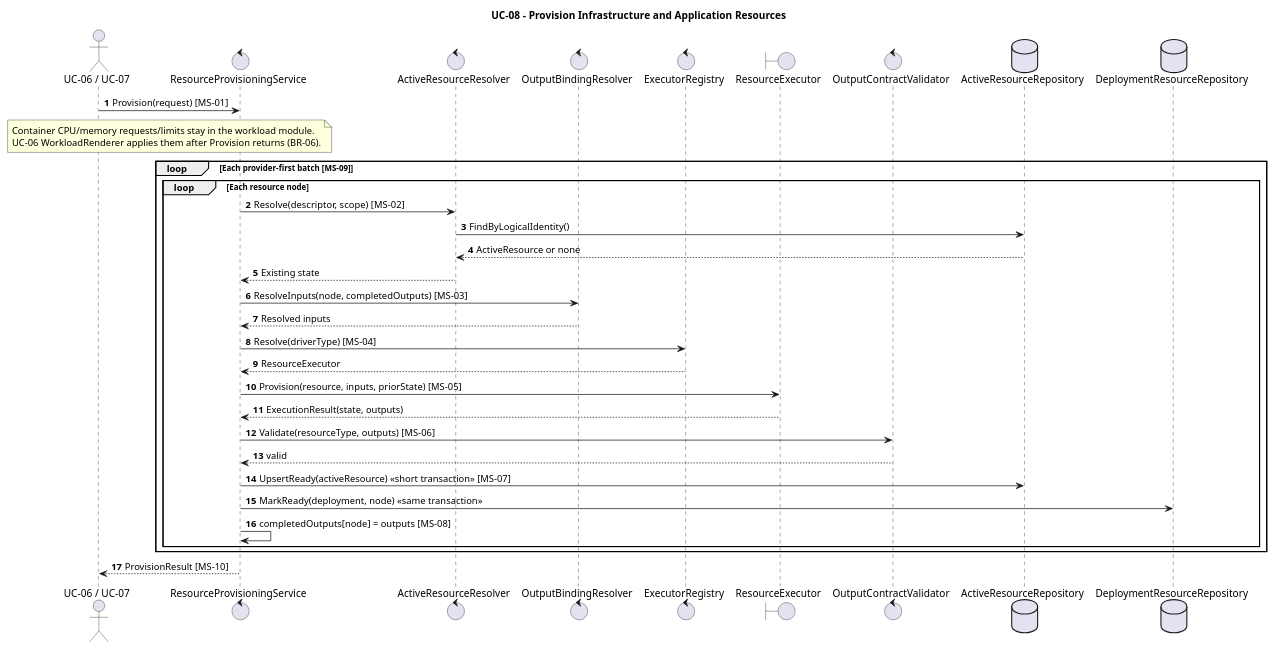
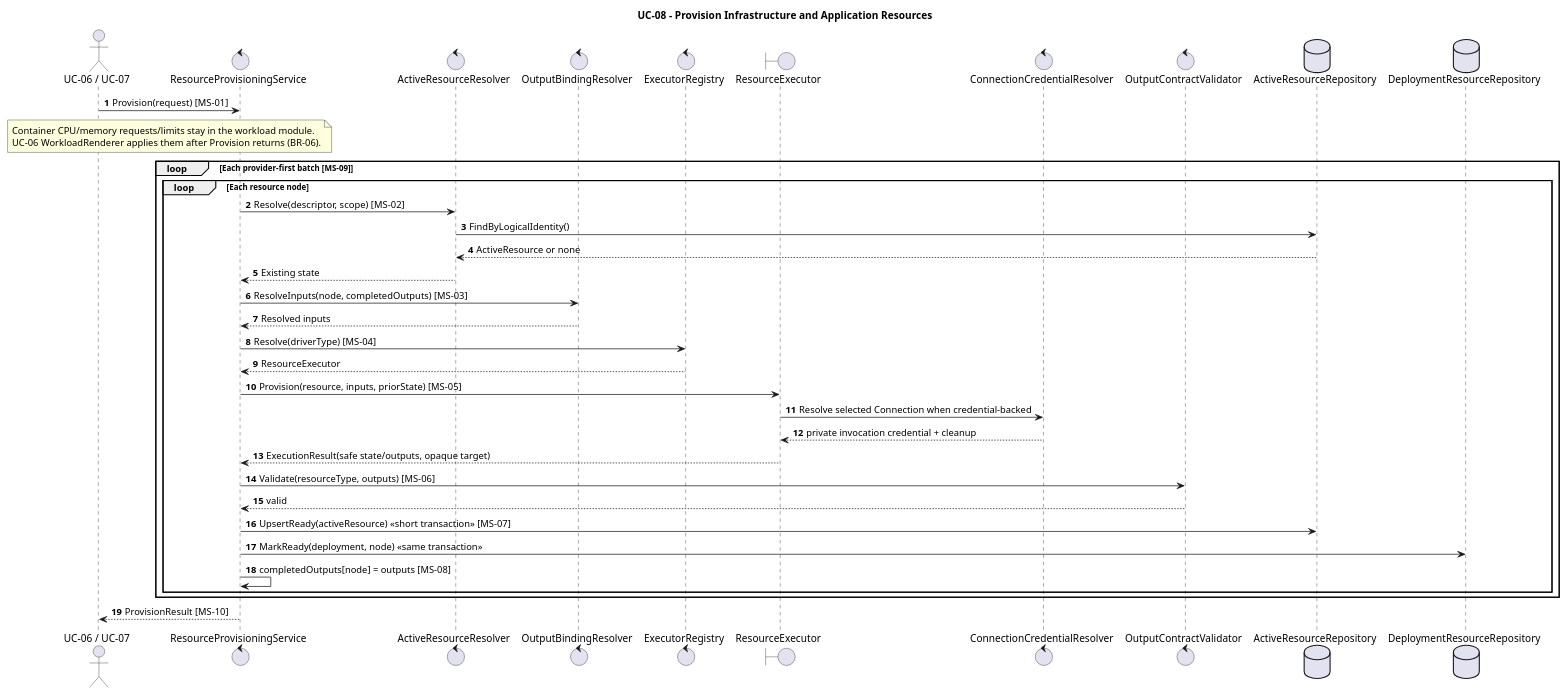
Before and after one commit to pr3s3nt/poc: the diagram in orchestrator_docs/usecase/UC-08/sequence.puml, drawn with PlantUML. The commit also changed 90 other files, not shown here.

```diff
--- a/orchestrator_docs/usecase/UC-08/sequence.puml
+++ b/orchestrator_docs/usecase/UC-08/sequence.puml
@@ -1,39 +1,42 @@
 @startuml
 title UC-08 - Provision Infrastructure and Application Resources
 autonumber
 actor "UC-06 / UC-07" as Caller
 control ResourceProvisioningService as Service
 control ActiveResourceResolver as ActiveResolver
 control OutputBindingResolver as BindingResolver
 control ExecutorRegistry as Registry
 boundary ResourceExecutor as Executor
+control ConnectionCredentialResolver as Credentials
 control OutputContractValidator as Validator
 database ActiveResourceRepository as ResourceRepo
 database DeploymentResourceRepository as DeploymentResourceRepo
 
 Caller -> Service: Provision(request) [MS-01]
 note over Caller, Service
 Container CPU/memory requests/limits stay in the workload module.
 UC-06 WorkloadRenderer applies them after Provision returns (BR-06).
 end note
 loop Each provider-first batch [MS-09]
   loop Each resource node
     Service -> ActiveResolver: Resolve(descriptor, scope) [MS-02]
     ActiveResolver -> ResourceRepo: FindByLogicalIdentity()
     ResourceRepo --> ActiveResolver: ActiveResource or none
     ActiveResolver --> Service: Existing state
     Service -> BindingResolver: ResolveInputs(node, completedOutputs) [MS-03]
     BindingResolver --> Service: Resolved inputs
     Service -> Registry: Resolve(driverType) [MS-04]
     Registry --> Service: ResourceExecutor
     Service -> Executor: Provision(resource, inputs, priorState) [MS-05]
-    Executor --> Service: ExecutionResult(state, outputs)
+    Executor -> Credentials: Resolve selected Connection when credential-backed
+    Credentials --> Executor: private invocation credential + cleanup
+    Executor --> Service: ExecutionResult(safe state/outputs, opaque target)
     Service -> Validator: Validate(resourceType, outputs) [MS-06]
     Validator --> Service: valid
     Service -> ResourceRepo: UpsertReady(activeResource) <<short transaction>> [MS-07]
     Service -> DeploymentResourceRepo: MarkReady(deployment, node) <<same transaction>>
     Service -> Service: completedOutputs[node] = outputs [MS-08]
   end
 end
 Service --> Caller: ProvisionResult [MS-10]
 @enduml
```
